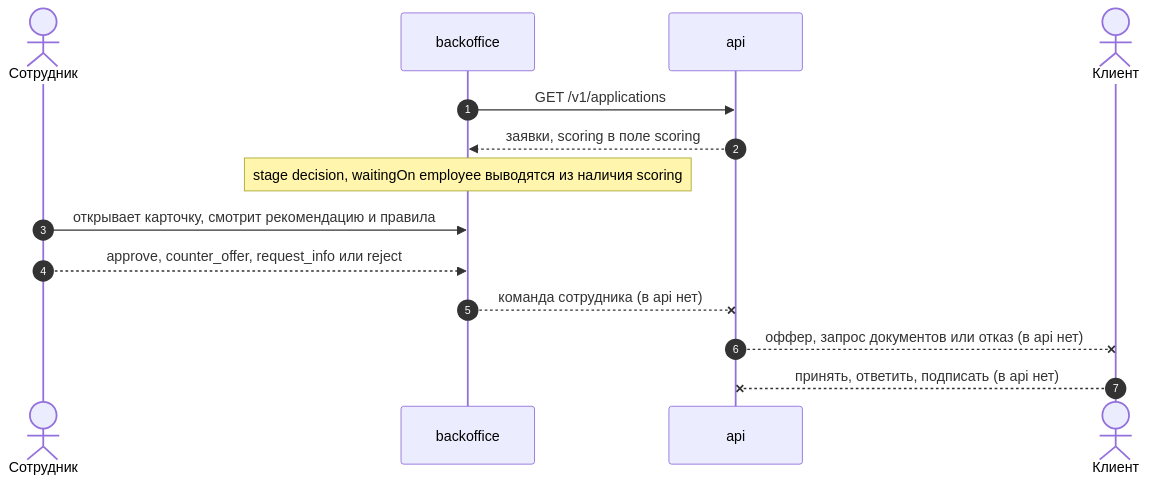
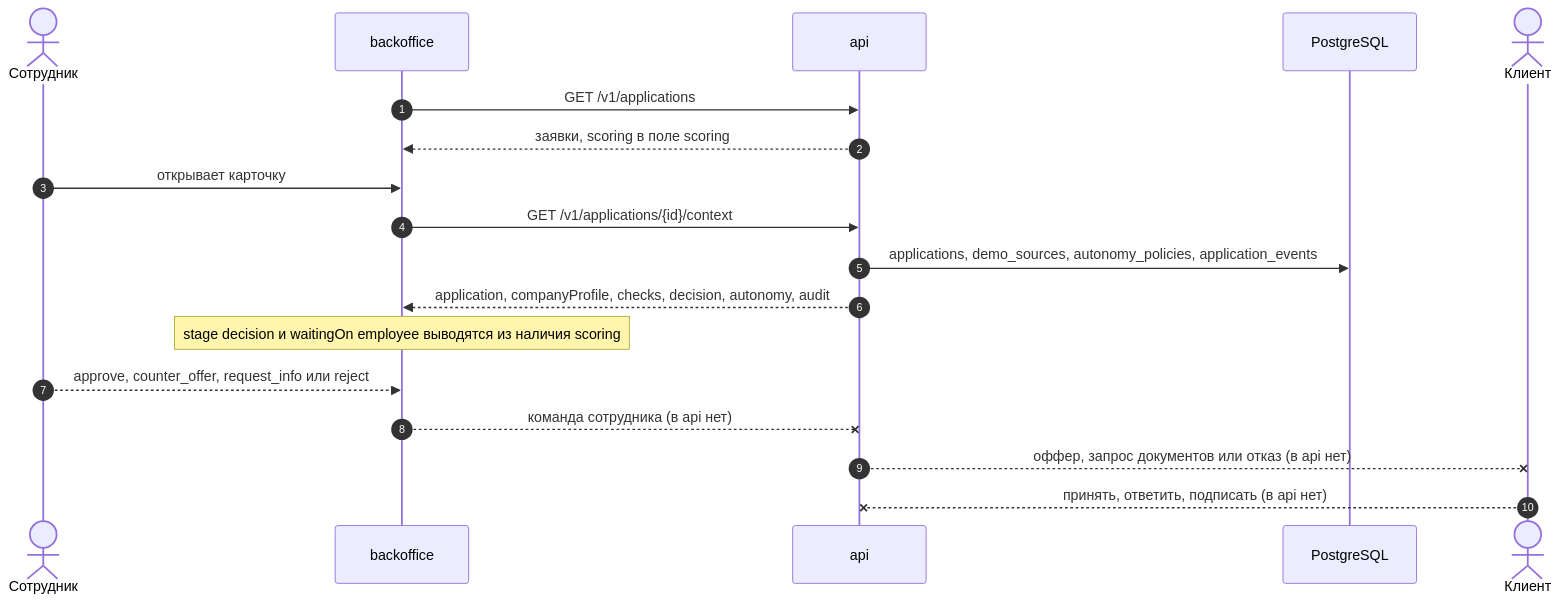
Before and after one commit to DjonniStorm/smart-credit-dashboard: the second of 2 diagrams in docs/diagrams/03-submission-sequence.md, drawn with Mermaid. The commit also changed other lines of this file and 15 other files, not shown here.

First line of the commit message:
docs: закрыть замечания ревью к диаграммам

````diff
--- a/docs/diagrams/03-submission-sequence.md
+++ b/docs/diagrams/03-submission-sequence.md
@@ -55,17 +62,21 @@
 ```mermaid
 sequenceDiagram
   autonumber
   actor E as Сотрудник
   participant B as backoffice
   participant A as api
+  participant DB as PostgreSQL
   actor C as Клиент
 
   B->>A: GET /v1/applications
   A-->>B: заявки, scoring в поле scoring
-  Note over B: stage decision, waitingOn employee выводятся из наличия scoring
-  E->>B: открывает карточку, смотрит рекомендацию и правила
+  E->>B: открывает карточку
+  B->>A: GET /v1/applications/{id}/context
+  A->>DB: applications, demo_sources, autonomy_policies, application_events
+  A-->>B: application, companyProfile, checks, decision, autonomy, audit
+  Note over B: stage decision и waitingOn employee выводятся из наличия scoring
   E-->>B: approve, counter_offer, request_info или reject
   B--xA: команда сотрудника (в api нет)
   A--xC: оффер, запрос документов или отказ (в api нет)
   C--xA: принять, ответить, подписать (в api нет)
 ```
````
